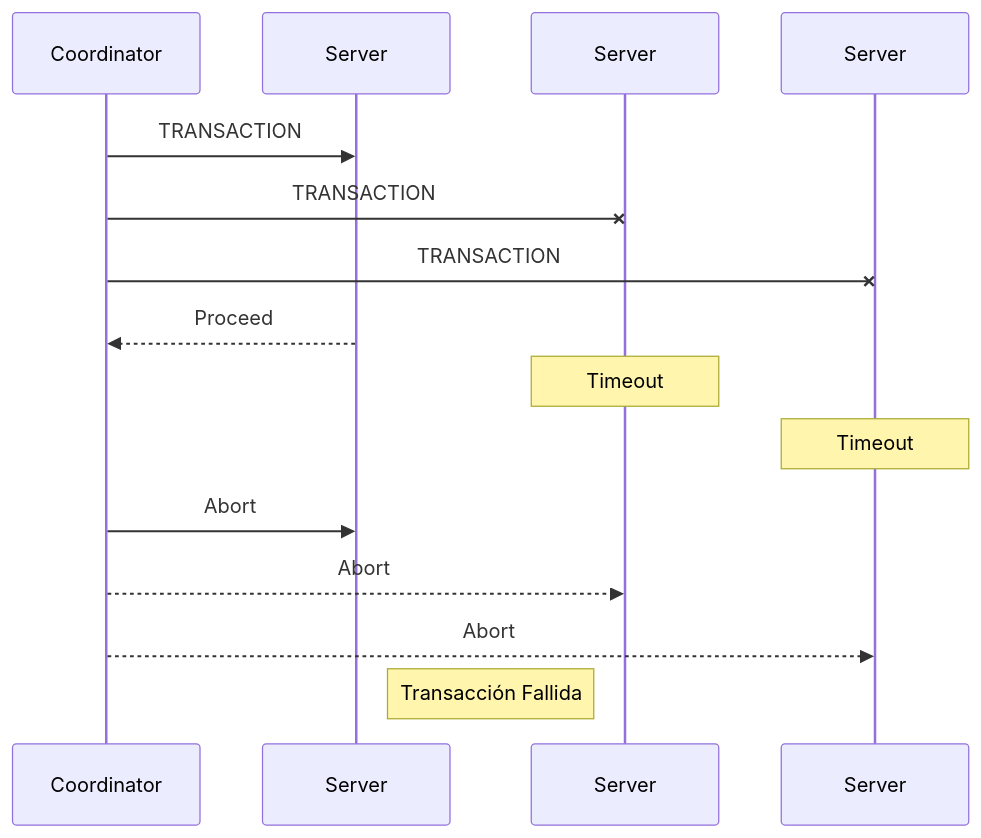
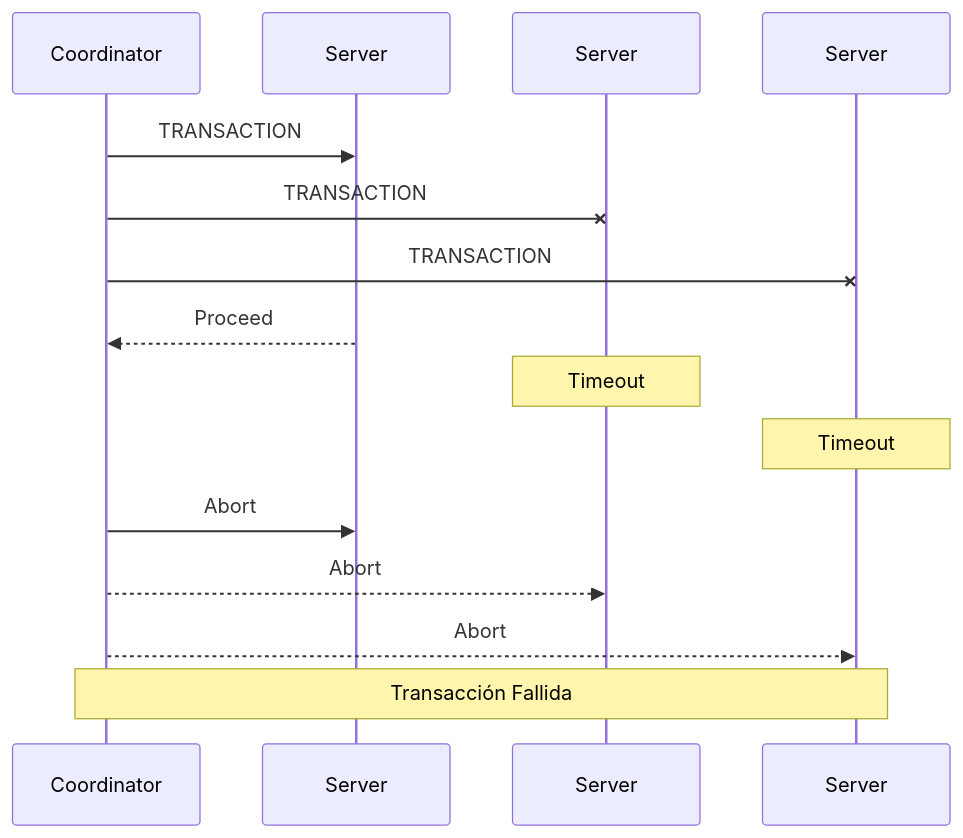
Before and after one commit to FacuMastri/concurrentes-tp2: the seventh of 11 diagrams in README.md, drawn with Mermaid. The commit also changed other lines of this file, not shown here.

````diff
--- a/README.md
+++ b/README.md
@@ -263,21 +265,21 @@
 ```mermaid
 sequenceDiagram
   participant co as Coordinator
   participant s1 as Server
   participant s2 as Server
   participant s3 as Server
 
   co ->> s1: TRANSACTION
   co -x s2: TRANSACTION
   co -x s3: TRANSACTION
 
   s1 -->> co: Proceed
 
   note over s2: Timeout
   note over s3: Timeout
 
   co ->> s1: Abort
   co -->> s2: Abort
   co -->> s3: Abort
-  note right of s1: Transacción Fallida
+  note over co,s3: Transacción Fallida
 ```
````
